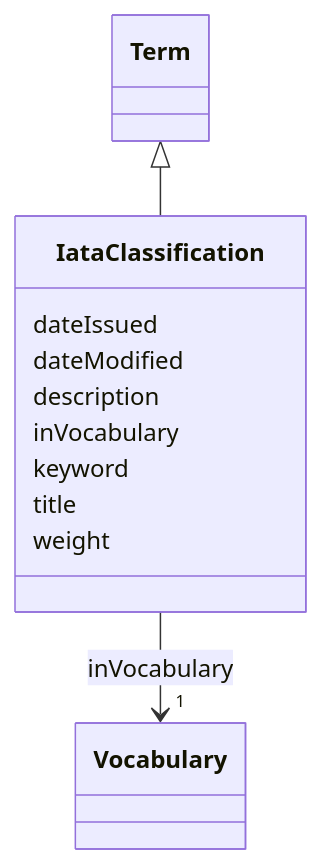
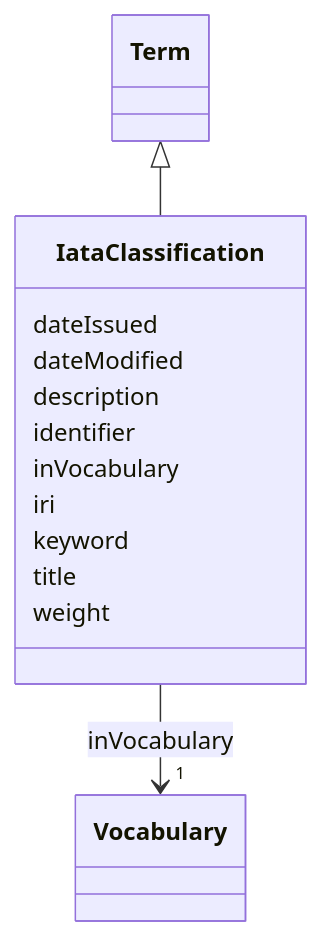
The diagram in models/docs/IataClassification.md (EVORA-project/evora-ontology), drawn with Mermaid before and after one commit. The commit also changed other lines of this file and 391 other files, not shown here.

````diff
--- a/models/docs/IataClassification.md
+++ b/models/docs/IataClassification.md
@@ -19,30 +19,34 @@
 ```mermaid
  classDiagram
     class IataClassification
     click IataClassification href "../IataClassification"
       Term <|-- IataClassification
         click Term href "../Term"
       
       IataClassification : dateIssued
         
       IataClassification : dateModified
         
       IataClassification : description
         
+      IataClassification : identifier
+        
       IataClassification : inVocabulary
         
           
     
     
     IataClassification --> "1" Vocabulary : inVocabulary
     click Vocabulary href "../Vocabulary"
 
         
+      IataClassification : iri
+        
       IataClassification : keyword
         
       IataClassification : title
         
       IataClassification : weight
         
       
 ```
````
